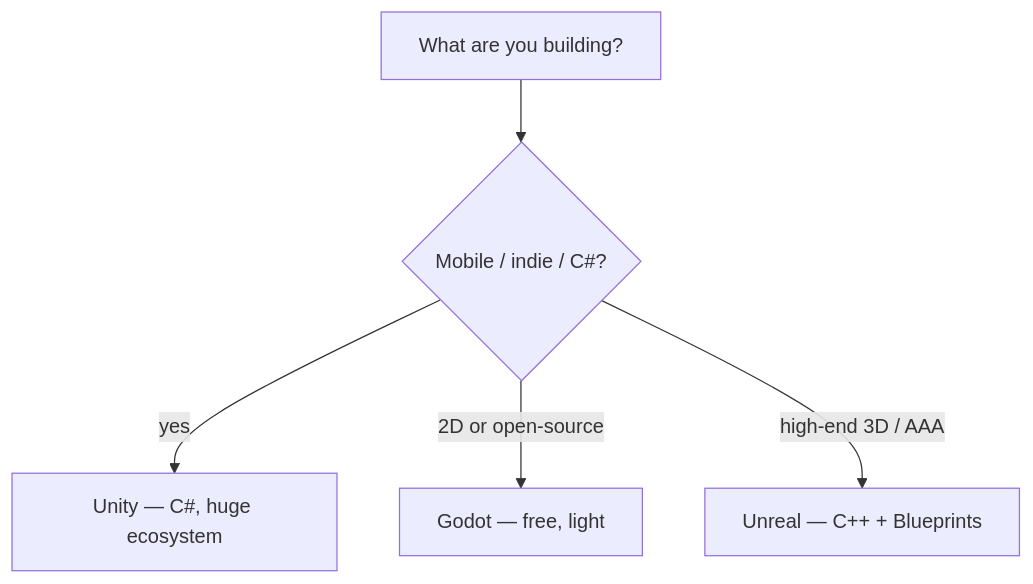
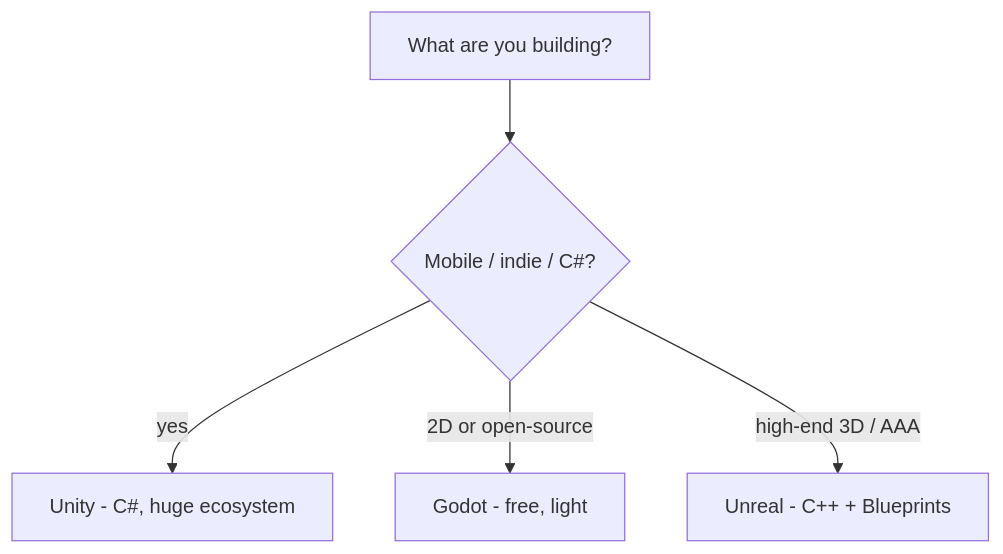
One commit to Topurrra/themissingmanual changed the diagram in guides/frameworks/unity-from-zero/09-where-to-go-next.md. Above: the diagram before and after it, drawn with Mermaid. The commit also changed other lines of this file and 1072 other files, not shown here.

````diff
--- a/guides/frameworks/unity-from-zero/09-where-to-go-next.md
+++ b/guides/frameworks/unity-from-zero/09-where-to-go-next.md
@@ -24,7 +24,7 @@
 ```mermaid
 flowchart TD
   You[What are you building?] --> M{Mobile / indie / C#?}
-  M -->|yes| U[Unity — C#, huge ecosystem]
-  M -->|2D or open-source| G[Godot — free, light]
-  M -->|high-end 3D / AAA| UE[Unreal — C++ + Blueprints]
+  M -->|yes| U[Unity - C#, huge ecosystem]
+  M -->|2D or open-source| G[Godot - free, light]
+  M -->|high-end 3D / AAA| UE[Unreal - C++ + Blueprints]
 ```
````
